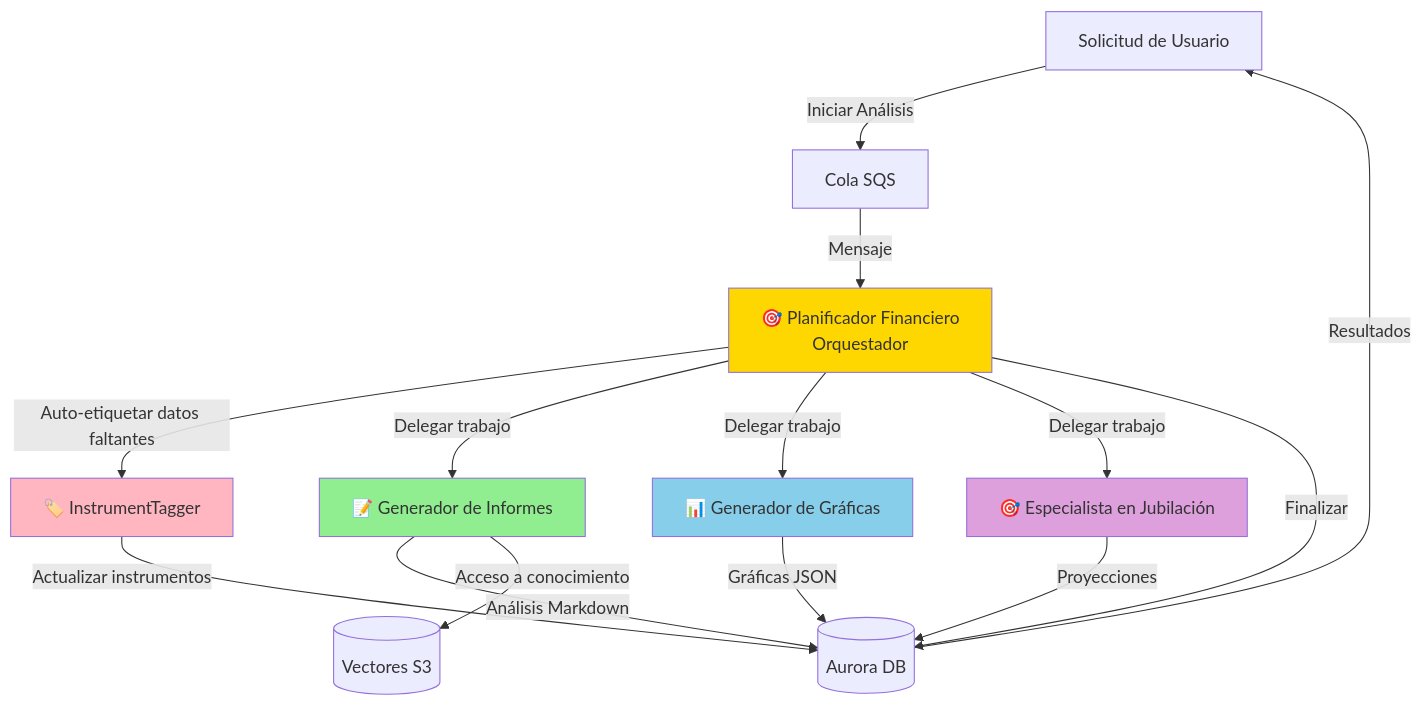
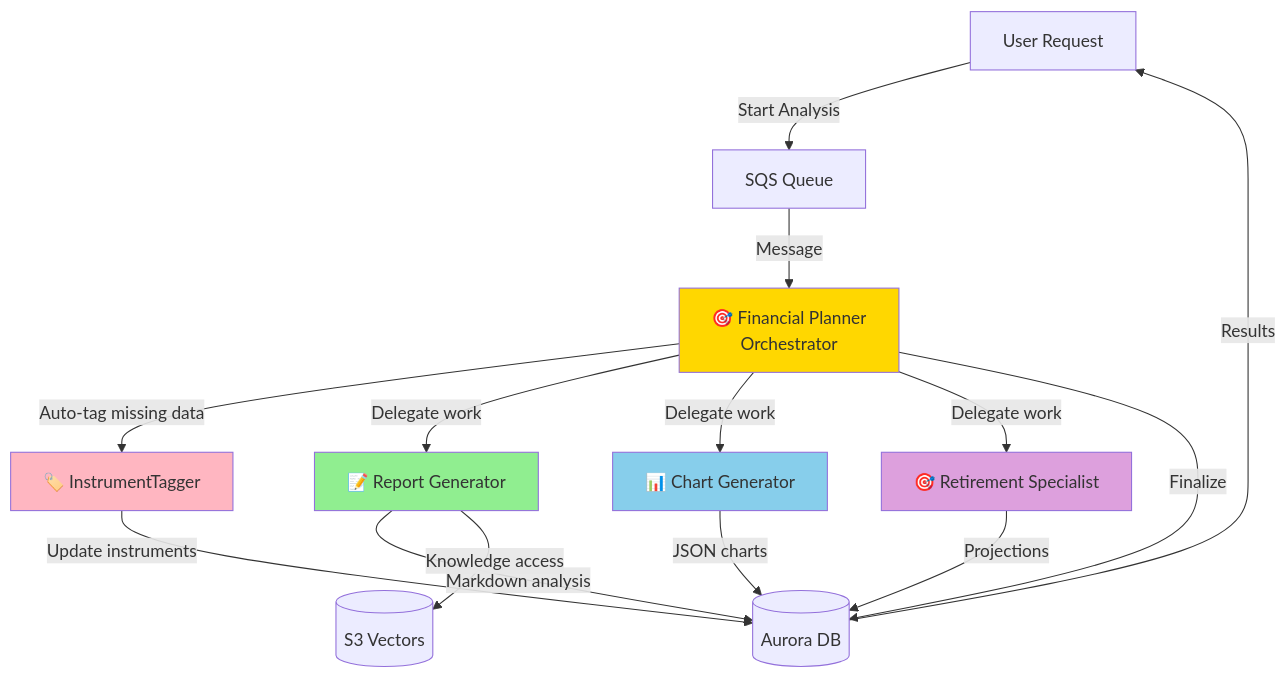
One commit to repson/agentic-learning-equities-explainer changed the diagram in guides/6_agents.md. Above: the diagram before and after it, drawn with Mermaid. The commit also changed other lines of this file and 14 other files, not shown here.

````diff
--- a/guides/6_agents.md
+++ b/guides/6_agents.md
@@ -25,27 +25,27 @@
 ```mermaid
 graph TB
-    User[Solicitud de Usuario] -->|Iniciar Análisis| SQS[Cola SQS]
-    SQS -->|Mensaje| Planner[🎯 Planificador Financiero<br/>Orquestador]
-    
-    Planner -->|Auto-etiquetar datos faltantes| Tagger[🏷️ InstrumentTagger]
-    Tagger -->|Actualizar instrumentos| DB[(Aurora DB)]
-    
-    Planner -->|Delegar trabajo| Reporter[📝 Generador de Informes]
-    Planner -->|Delegar trabajo| Charter[📊 Generador de Gráficas]
-    Planner -->|Delegar trabajo| Retirement[🎯 Especialista en Jubilación]
-    
-    Reporter -->|Análisis Markdown| DB
-    Charter -->|Gráficas JSON| DB
-    Retirement -->|Proyecciones| DB
-    
-    Reporter -->|Acceso a conocimiento| S3V[(Vectores S3)]
-    
-    Planner -->|Finalizar| DB
-    DB -->|Resultados| User
-    
+    User[User Request] -->|Start Analysis| SQS[SQS Queue]
+    SQS -->|Message| Planner[🎯 Financial Planner<br/>Orchestrator]
+
+    Planner -->|Auto-tag missing data| Tagger[🏷️ InstrumentTagger]
+    Tagger -->|Update instruments| DB[(Aurora DB)]
+
+    Planner -->|Delegate work| Reporter[📝 Report Generator]
+    Planner -->|Delegate work| Charter[📊 Chart Generator]
+    Planner -->|Delegate work| Retirement[🎯 Retirement Specialist]
+
+    Reporter -->|Markdown analysis| DB
+    Charter -->|JSON charts| DB
+    Retirement -->|Projections| DB
+
+    Reporter -->|Knowledge access| S3V[(S3 Vectors)]
+
+    Planner -->|Finalize| DB
+    DB -->|Results| User
+
     style Planner fill:#FFD700
     style Reporter fill:#90EE90
     style Charter fill:#87CEEB
     style Retirement fill:#DDA0DD
     style Tagger fill:#FFB6C1
 ```
````
